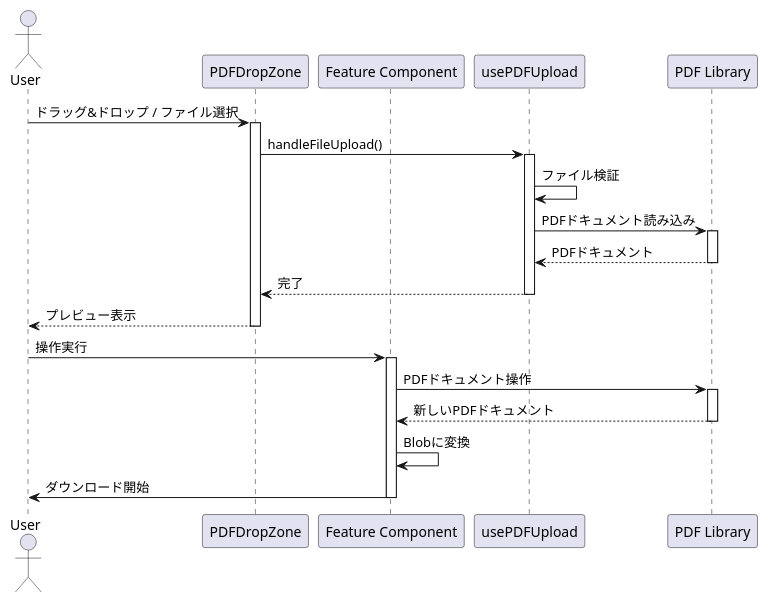
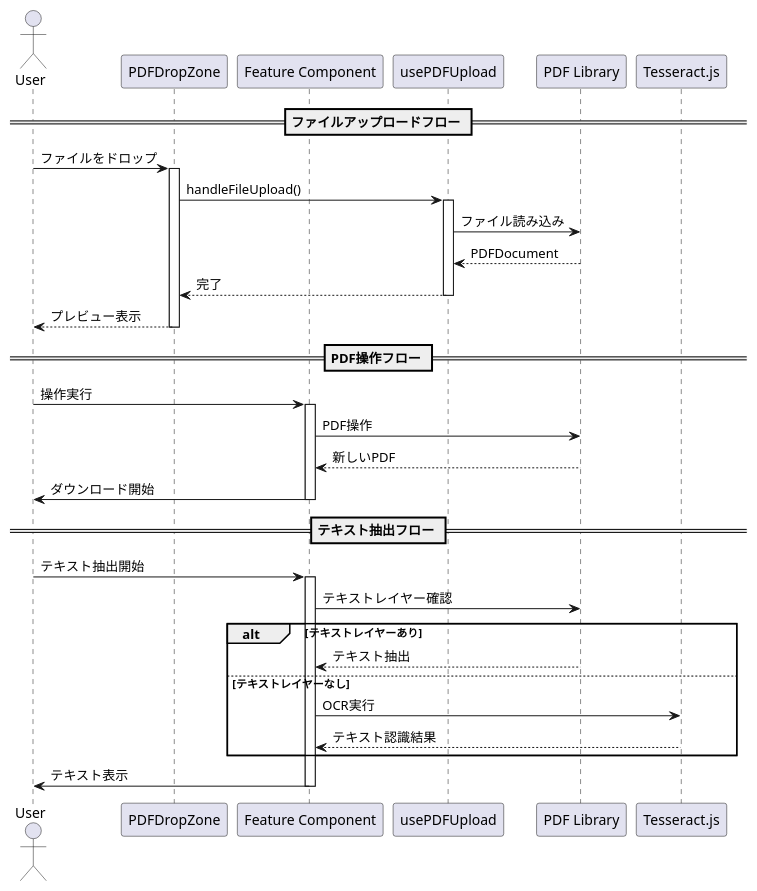
Before and after one commit to Simpwell/pdfcomposer: the diagram in materials/sequence_diagram.puml, drawn with PlantUML. The commit also changed 3 other files, not shown here.

Commit message:
Update UML diagrams and README for text extraction feature

```diff
--- a/materials/sequence_diagram.puml
+++ b/materials/sequence_diagram.puml
@@ -1,35 +1,42 @@
 @startuml
 
 actor User
-participant "PDFDropZone" as Drop
+participant PDFDropZone
 participant "Feature Component" as Feature
-participant "usePDFUpload" as Hook
-participant "PDF Library" as Lib
+participant usePDFUpload
+participant "PDF Library" as PDFLib
 
-' File Upload Flow
-User -> Drop: ドラッグ&ドロップ / ファイル選択
-activate Drop
-Drop -> Hook: handleFileUpload()
-activate Hook
-Hook -> Hook: ファイル検証
-Hook -> Lib: PDFドキュメント読み込み
-activate Lib
-Lib --> Hook: PDFドキュメント
-deactivate Lib
-Hook --> Drop: 完了
-deactivate Hook
-Drop --> User: プレビュー表示
-deactivate Drop
+== ファイルアップロードフロー ==
+User -> PDFDropZone: ファイルをドロップ
+activate PDFDropZone
+PDFDropZone -> usePDFUpload: handleFileUpload()
+activate usePDFUpload
+usePDFUpload -> PDFLib: ファイル読み込み
+PDFLib --> usePDFUpload: PDFDocument
+usePDFUpload --> PDFDropZone: 完了
+deactivate usePDFUpload
+PDFDropZone --> User: プレビュー表示
+deactivate PDFDropZone
 
-' PDF Operation Flow
+== PDF操作フロー ==
 User -> Feature: 操作実行
 activate Feature
-Feature -> Lib: PDFドキュメント操作
-activate Lib
-Lib --> Feature: 新しいPDFドキュメント
-deactivate Lib
-Feature -> Feature: Blobに変換
+Feature -> PDFLib: PDF操作
+PDFLib --> Feature: 新しいPDF
 Feature -> User: ダウンロード開始
 deactivate Feature
 
+== テキスト抽出フロー ==
+User -> Feature: テキスト抽出開始
+activate Feature
+Feature -> PDFLib: テキストレイヤー確認
+alt テキストレイヤーあり
+    PDFLib --> Feature: テキスト抽出
+else テキストレイヤーなし
+    Feature -> "Tesseract.js": OCR実行
+    "Tesseract.js" --> Feature: テキスト認識結果
+end
+Feature -> User: テキスト表示
+deactivate Feature
+
 @enduml 
```
